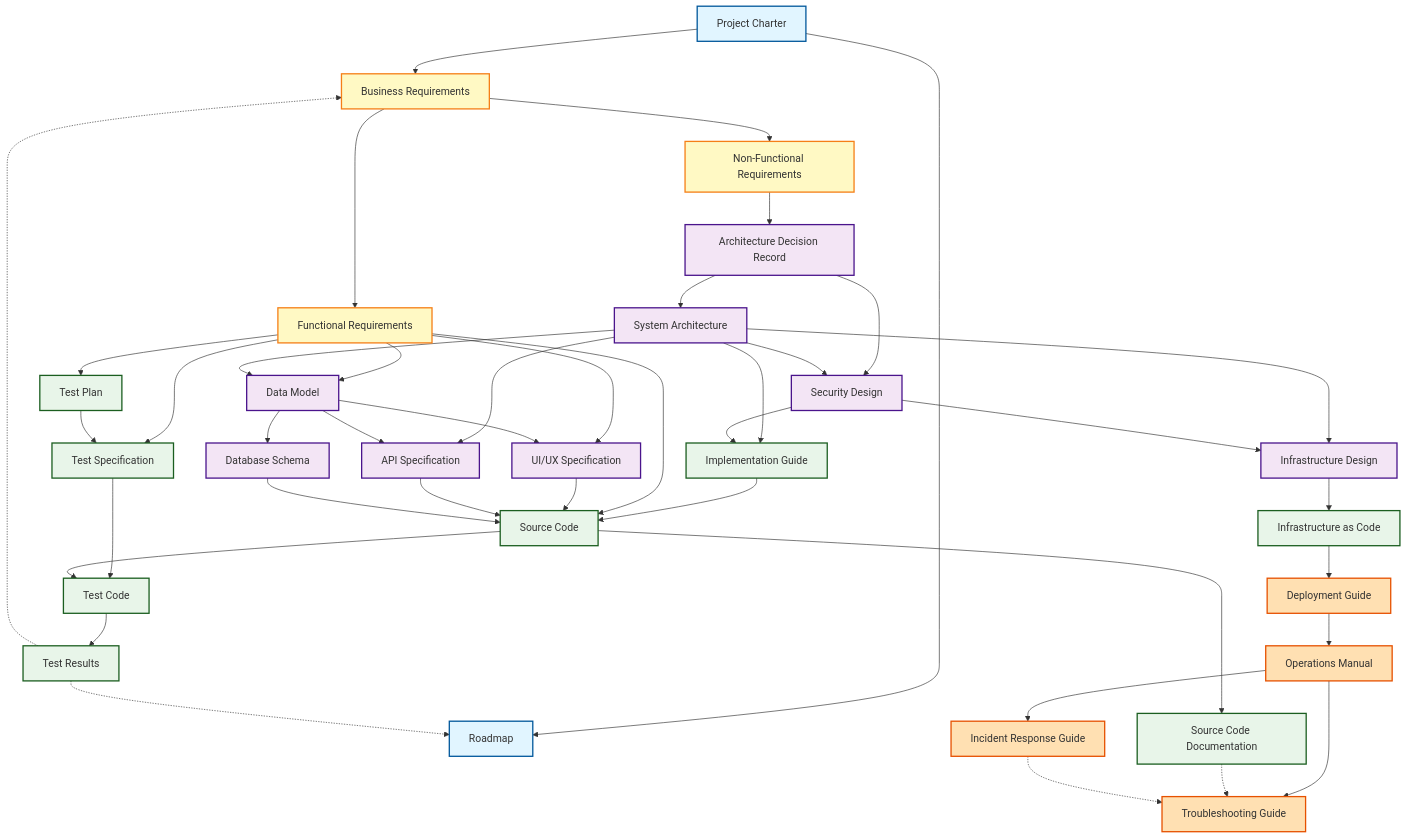
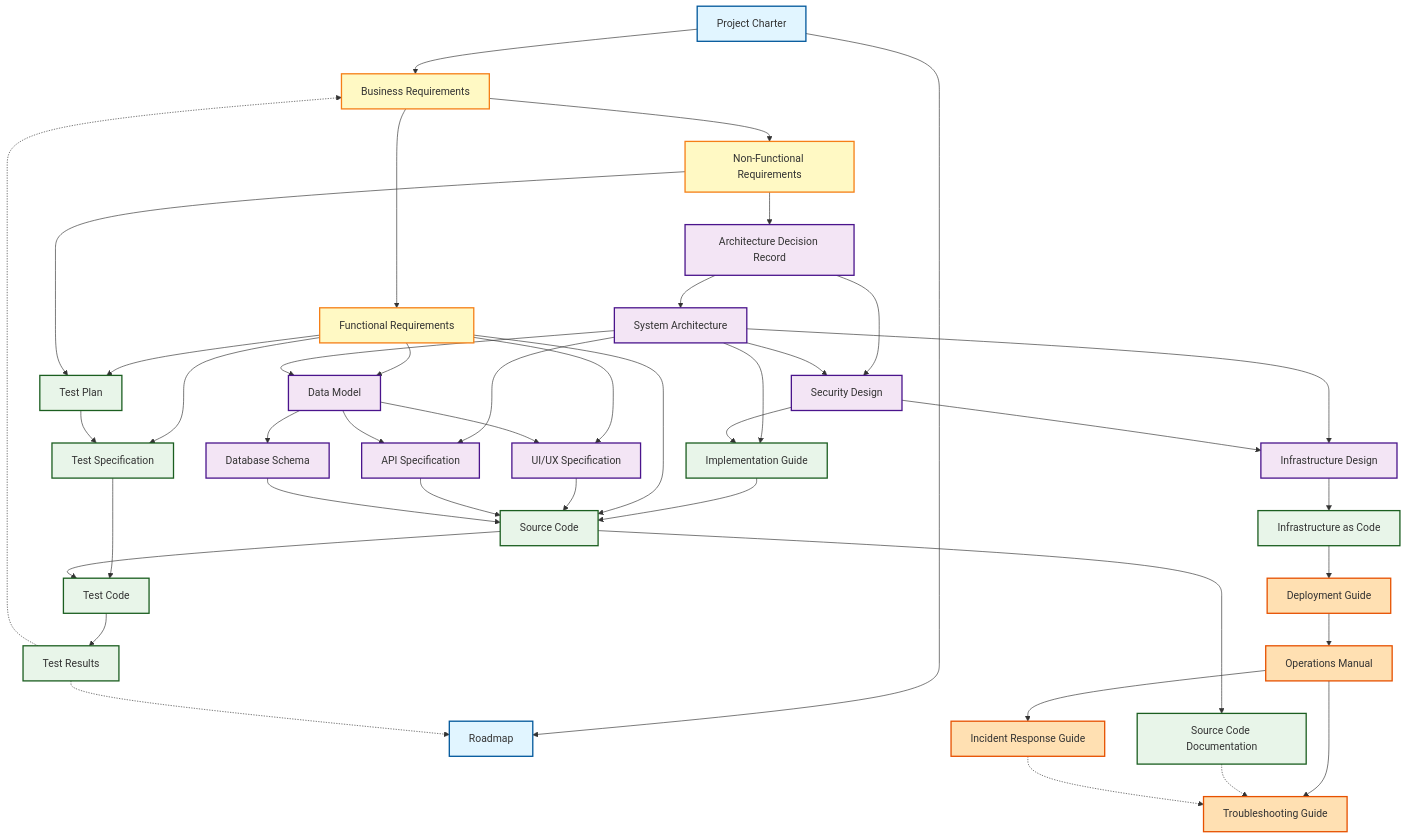
Before and after one commit to mahitotsu/ukiyoue: the diagram in specs/document-taxonomy.md, drawn with Mermaid. The commit also changed other lines of this file, not shown here.

First line of the commit message:
feat(specs): Add Non-Functional Requirements input to Test Plan

```diff
--- a/specs/document-taxonomy.md
+++ b/specs/document-taxonomy.md
@@ -358,6 +361,7 @@
 
     %% Test Flow
     FuncReq --> TestPlan
+    NonFuncReq --> TestPlan
     TestPlan --> TestSpec
     TestSpec --> TestCode
     SrcCode --> TestCode
```
